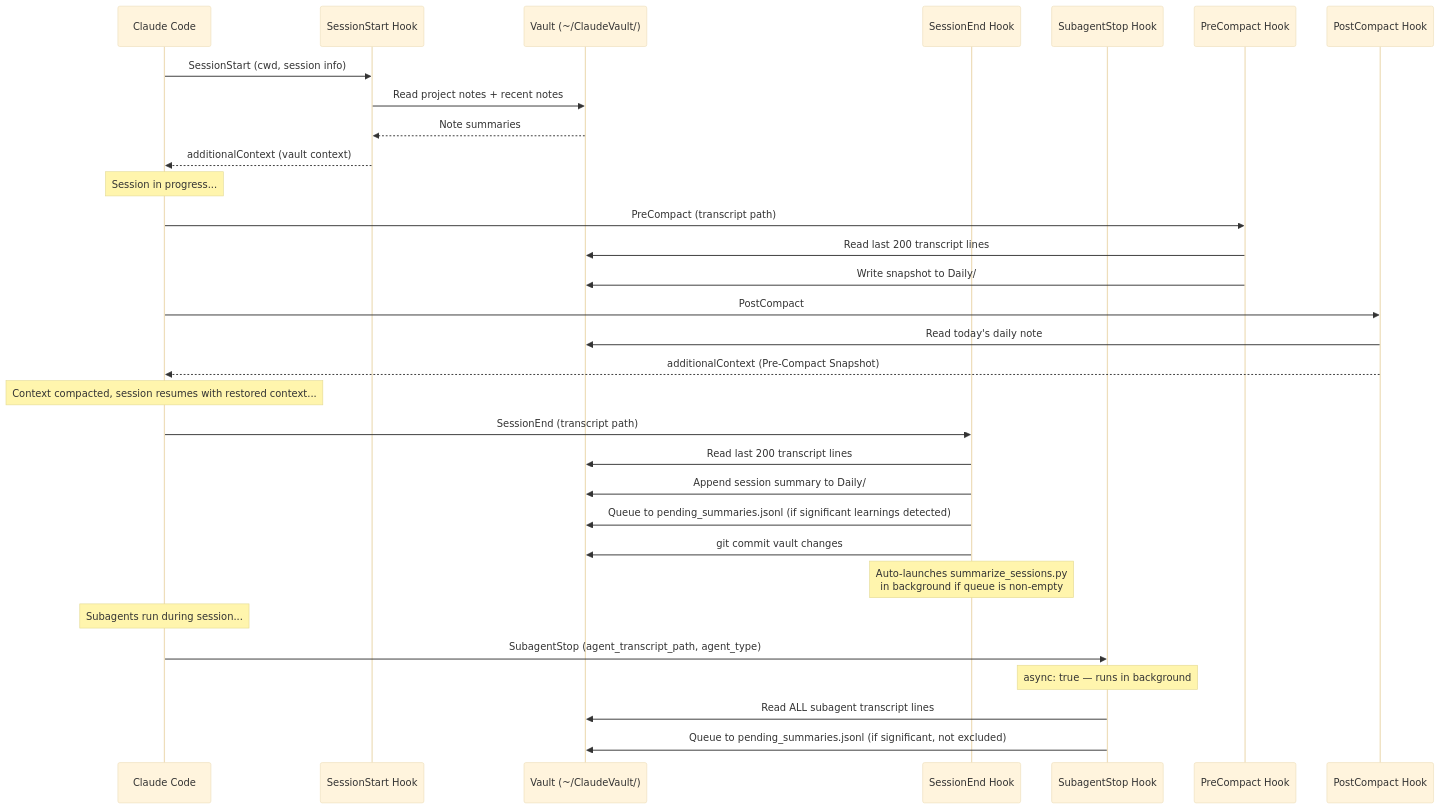
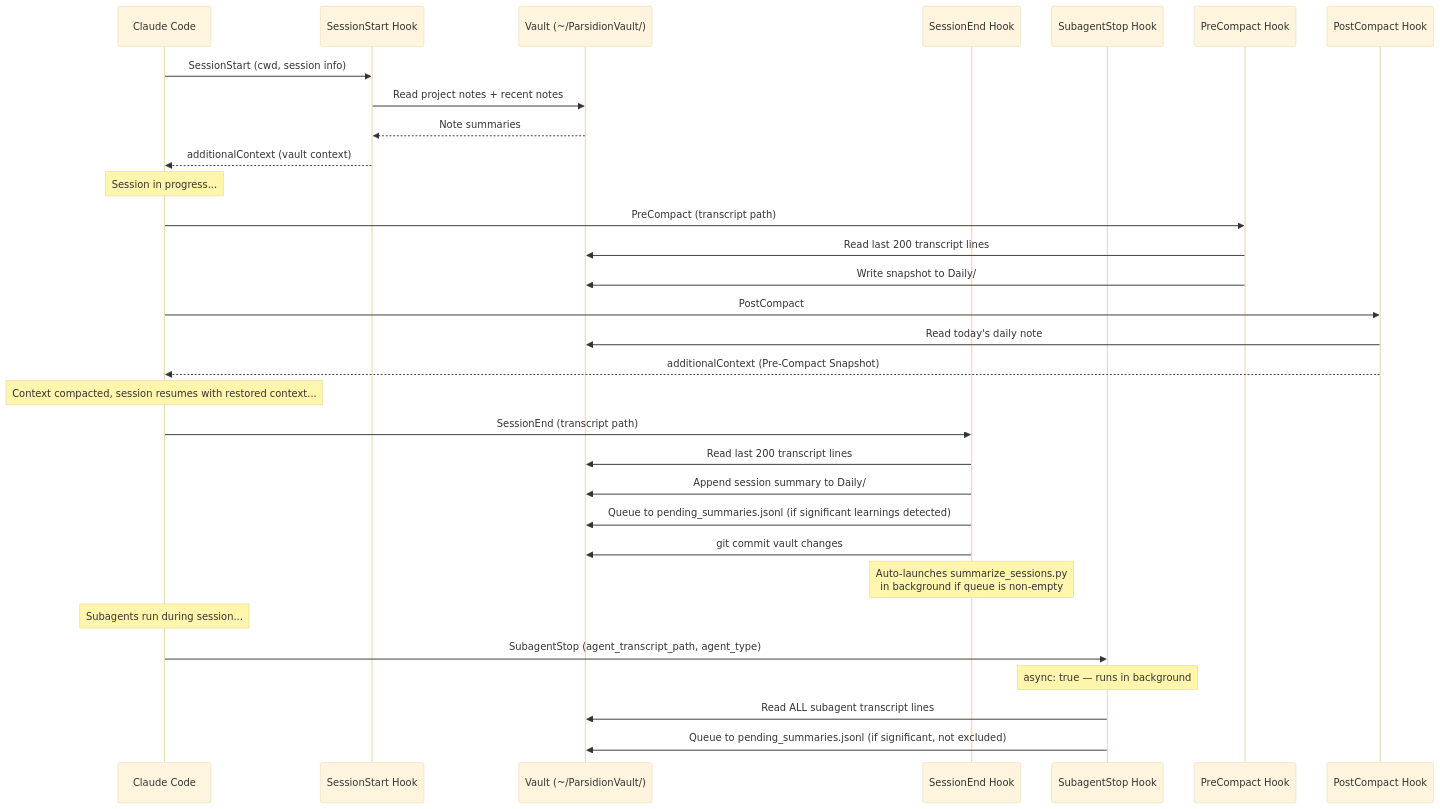
Before and after one commit to paulrobello/parsidion: the second of 5 diagrams in docs/ARCHITECTURE.md, drawn with Mermaid (base theme). The commit also changed other lines of this file and 30 other files, not shown here.

````diff
--- a/docs/ARCHITECTURE.md
+++ b/docs/ARCHITECTURE.md
@@ -1060,40 +1060,40 @@
 ```mermaid
 sequenceDiagram
     participant CC as Claude Code
     participant SSH as SessionStart Hook
-    participant V as Vault (~/ClaudeVault/)
+    participant V as Vault (~/ParsidionVault/)
     participant STH as SessionEnd Hook
     participant ASH as SubagentStop Hook
     participant PCH as PreCompact Hook
     participant POCH as PostCompact Hook
 
     CC->>SSH: SessionStart (cwd, session info)
     SSH->>V: Read project notes + recent notes
     V-->>SSH: Note summaries
     SSH-->>CC: additionalContext (vault context)
 
     Note over CC: Session in progress...
 
     CC->>PCH: PreCompact (transcript path)
     PCH->>V: Read last 200 transcript lines
     PCH->>V: Write snapshot to Daily/
     CC->>POCH: PostCompact
     POCH->>V: Read today's daily note
     POCH-->>CC: additionalContext (Pre-Compact Snapshot)
 
     Note over CC: Context compacted, session resumes with restored context...
 
     CC->>STH: SessionEnd (transcript path)
     STH->>V: Read last 200 transcript lines
     STH->>V: Append session summary to Daily/
     STH->>V: Queue to pending_summaries.jsonl (if significant learnings detected)
     STH->>V: git commit vault changes
     Note over STH: Auto-launches summarize_sessions.py<br/>in background if queue is non-empty
 
     Note over CC: Subagents run during session...
 
     CC->>ASH: SubagentStop (agent_transcript_path, agent_type)
     Note over ASH: async: true — runs in background
     ASH->>V: Read ALL subagent transcript lines
     ASH->>V: Queue to pending_summaries.jsonl (if significant, not excluded)
 ```
````
